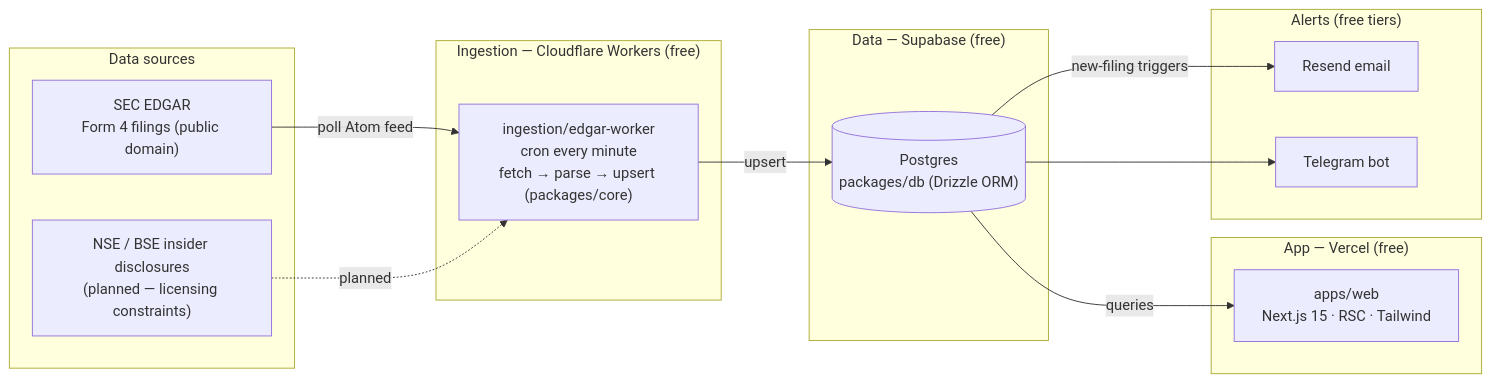
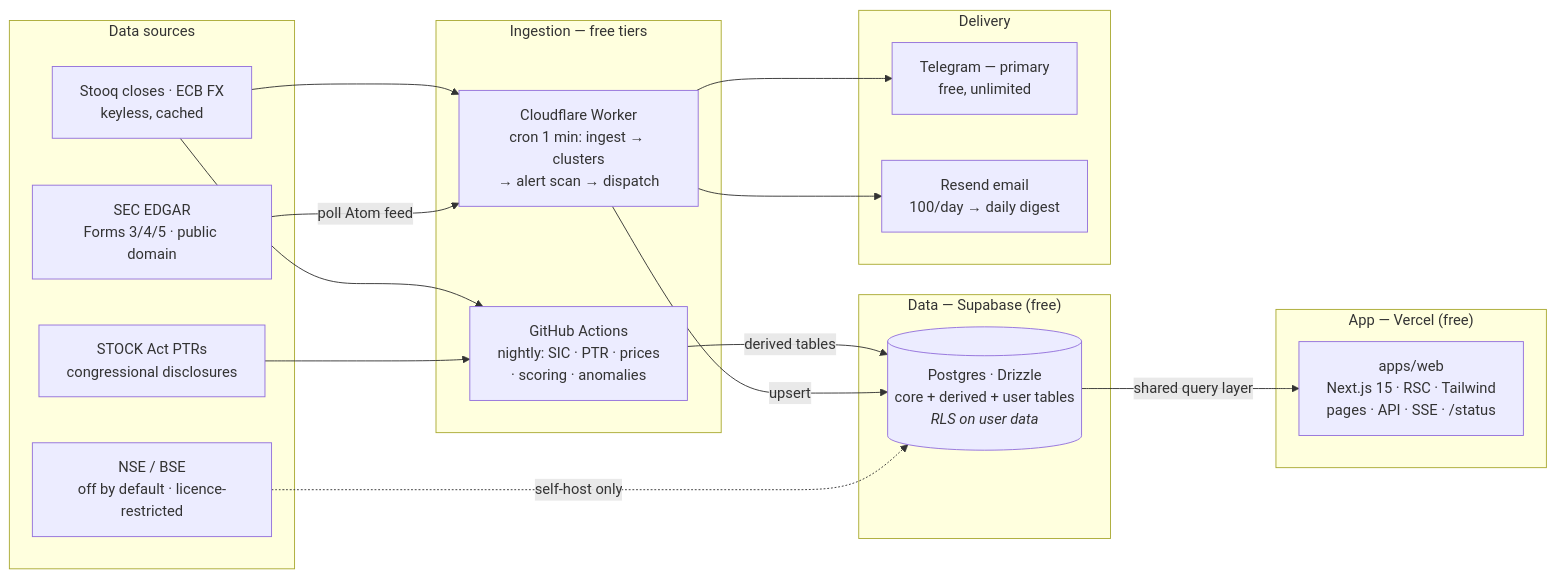
Before and after one commit to shAsh-cy/InsiderFlow: the diagram in README.md, drawn with Mermaid. The commit also changed other lines of this file and 121 other files, not shown here.

````diff
--- a/README.md
+++ b/README.md
@@ -30,31 +35,38 @@
 ```mermaid
 flowchart LR
     subgraph sources["Data sources"]
-        EDGAR["SEC EDGAR<br/>Form 4 filings (public domain)"]
-        NSE["NSE / BSE insider disclosures<br/>(planned — licensing constraints)"]
+        EDGAR["SEC EDGAR<br/>Forms 3/4/5 · public domain"]
+        PTR["STOCK Act PTRs<br/>congressional disclosures"]
+        MKT["Stooq closes · ECB FX<br/>keyless, cached"]
+        NSE["NSE / BSE<br/>off by default · licence-restricted"]
     end
 
-    subgraph ingestion["Ingestion — Cloudflare Workers (free)"]
-        WORKER["ingestion/edgar-worker<br/>cron every minute<br/>fetch → parse → upsert (packages/core)"]
+    subgraph ingestion["Ingestion — free tiers"]
+        WORKER["Cloudflare Worker<br/>cron 1 min: ingest → clusters<br/>→ alert scan → dispatch"]
+        GHA["GitHub Actions<br/>nightly: SIC · PTR · prices<br/>· scoring · anomalies"]
     end
 
     subgraph data["Data — Supabase (free)"]
-        PG[("Postgres<br/>packages/db (Drizzle ORM)")]
+        PG[("Postgres · Drizzle<br/>core + derived + user tables<br/><i>RLS on user data</i>")]
     end
 
     subgraph app["App — Vercel (free)"]
-        WEB["apps/web<br/>Next.js 15 · RSC · Tailwind"]
+        WEB["apps/web<br/>Next.js 15 · RSC · Tailwind<br/>pages · API · SSE · /status"]
     end
 
-    subgraph alerts["Alerts (free tiers)"]
-        RESEND["Resend email"]
-        TG["Telegram bot"]
+    subgraph alerts["Delivery"]
+        TG["Telegram — primary<br/>free, unlimited"]
+        RESEND["Resend email<br/>100/day → daily digest"]
     end
 
     EDGAR -->|poll Atom feed| WORKER
-    NSE -.->|planned| WORKER
+    MKT --> WORKER
+    PTR --> GHA
+    MKT --> GHA
+    NSE -.->|self-host only| PG
     WORKER -->|upsert| PG
-    PG -->|queries| WEB
-    PG -->|new-filing triggers| RESEND
-    PG --> TG
+    GHA -->|derived tables| PG
+    PG -->|shared query layer| WEB
+    WORKER --> TG
+    WORKER --> RESEND
 ```
````
